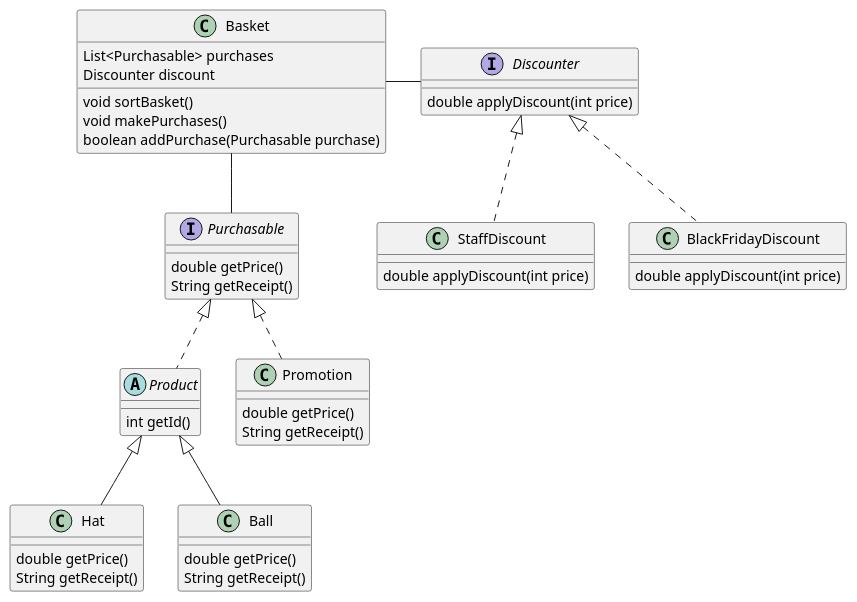
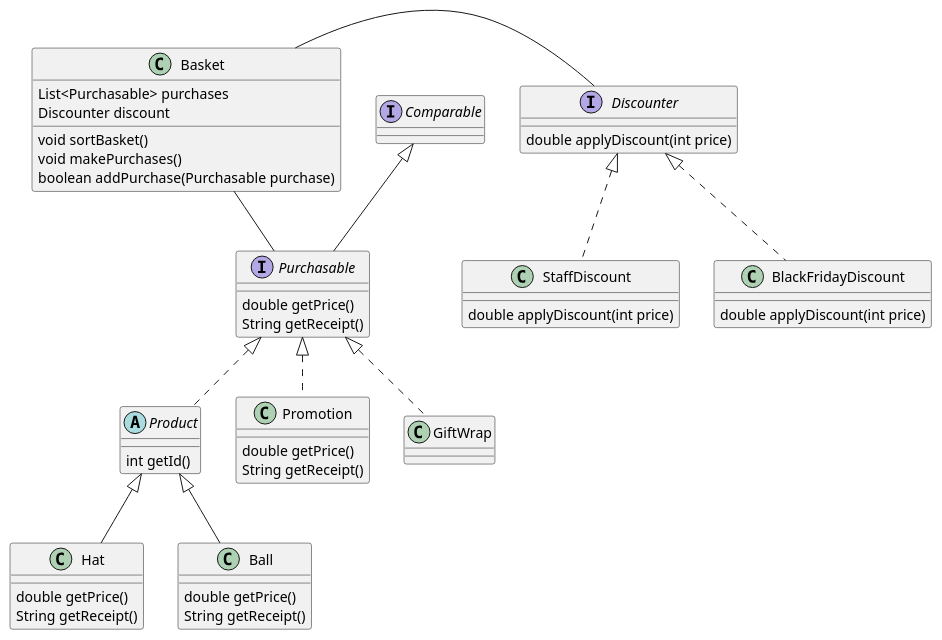
The diagram in src/class-diagram.puml (Charlie-robin/verde-recap), drawn with PlantUML before and after one commit. The commit also changed 8 other files, not shown here.

```diff
--- a/src/class-diagram.puml
+++ b/src/class-diagram.puml
@@ -1,52 +1,56 @@
 @startuml
 
 interface Discounter {
     double applyDiscount(int price)
 }
 
 class StaffDiscount implements Discounter {
     double applyDiscount(int price)
 }
 
 class BlackFridayDiscount implements Discounter {
     double applyDiscount(int price)
 }
 
 Basket - Discounter
 
 class Basket {
     List<Purchasable> purchases
     Discounter discount
     void sortBasket()
     void makePurchases()
     boolean addPurchase(Purchasable purchase)
 }
 
 abstract class Product implements Purchasable{
     int getId()
 }
 
-interface Purchasable {
+interface Purchasable extends Comparable {
     double getPrice()
     String getReceipt()
 }
 
 class Hat extends Product {
     double getPrice()
     String getReceipt()
 }
 
 class Ball extends Product {
     double getPrice()
     String getReceipt()
 }
 
 class Promotion implements Purchasable {
     double getPrice()
     String getReceipt()
 }
 
 Basket -- Purchasable
 
+class GiftWrap implements Purchasable {
+
+}
+
 
 @enduml
```
